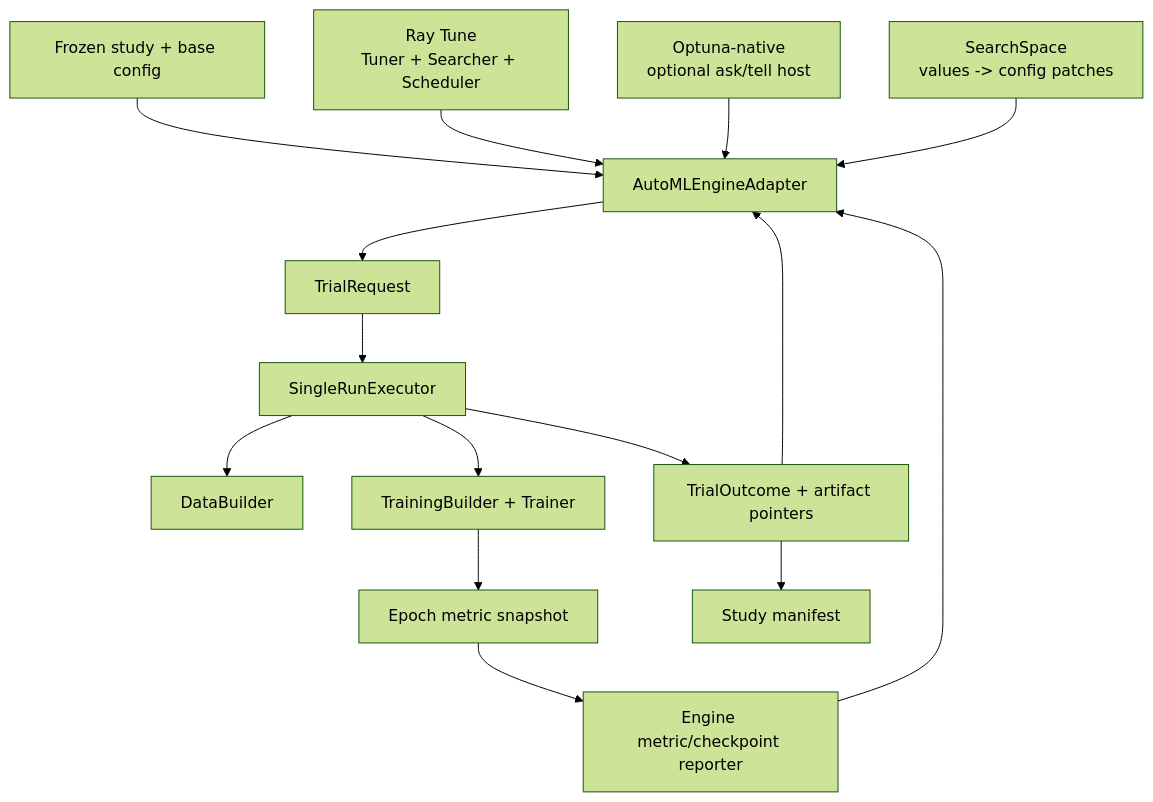
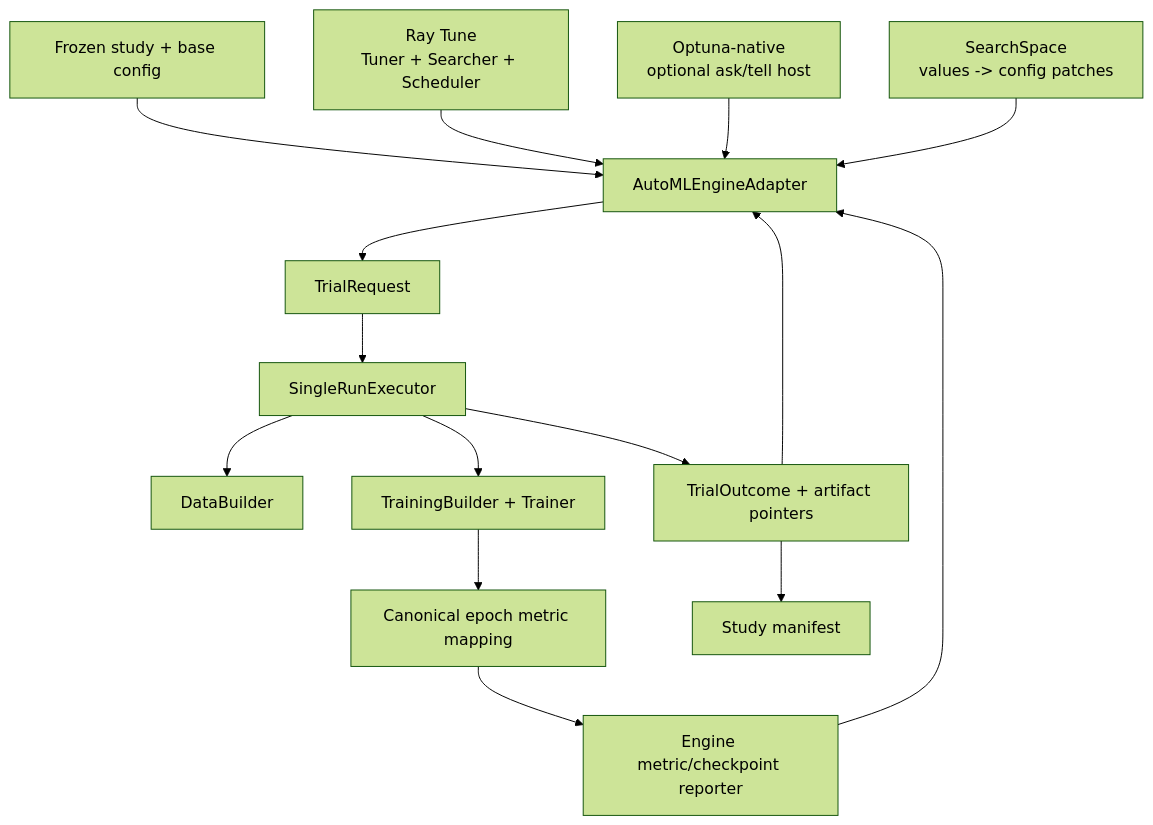
Before and after one commit to supermassiveasshole/stochaflow: the diagram in docs/development/automated-model-tuning-plan.md, drawn with Mermaid (forest theme). The commit also changed other lines of this file and 69 other files, not shown here.

Commit message:
Restore P2 and metrics architecture boundaries

````diff
--- a/docs/development/automated-model-tuning-plan.md
+++ b/docs/development/automated-model-tuning-plan.md
@@ -587,17 +587,17 @@
 ```mermaid
 flowchart TB
     Config["Frozen study + base config"] --> Adapter["AutoMLEngineAdapter"]
     Ray["Ray Tune\nTuner + Searcher + Scheduler"] --> Adapter
     Native["Optuna-native\noptional ask/tell host"] --> Adapter
     Space["SearchSpace\nvalues -> config patches"] --> Adapter
     Adapter --> Request["TrialRequest"]
     Request --> Executor["SingleRunExecutor"]
     Executor --> Data["DataBuilder"]
     Executor --> Training["TrainingBuilder + Trainer"]
-    Training --> Snapshot["Epoch metric snapshot"]
-    Snapshot --> Reporter["Engine metric/checkpoint reporter"]
+    Training --> Metrics["Canonical epoch metric mapping"]
+    Metrics --> Reporter["Engine metric/checkpoint reporter"]
     Reporter --> Adapter
     Executor --> Outcome["TrialOutcome + artifact pointers"]
     Outcome --> Adapter
     Outcome --> Manifest["Study manifest"]
 ```
````
